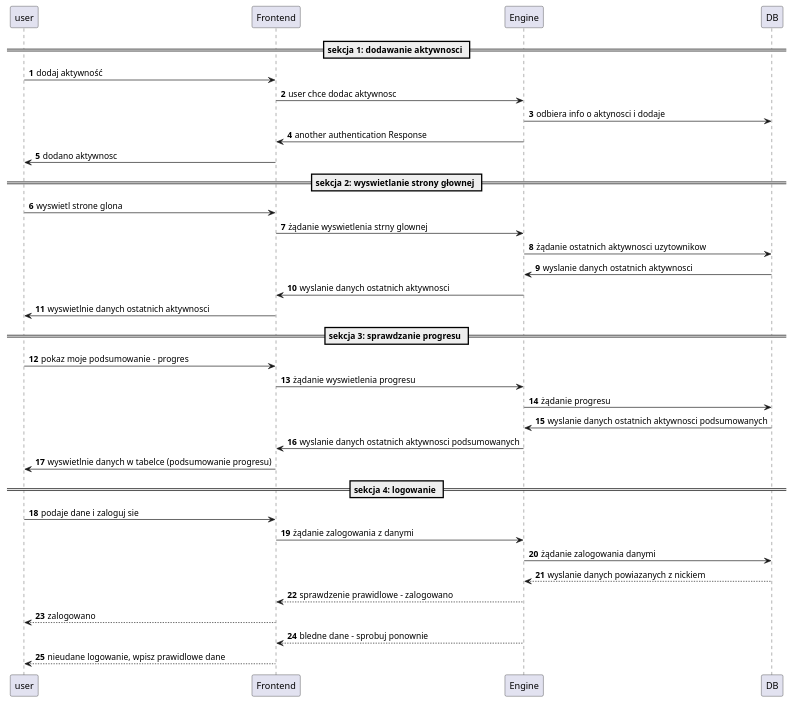
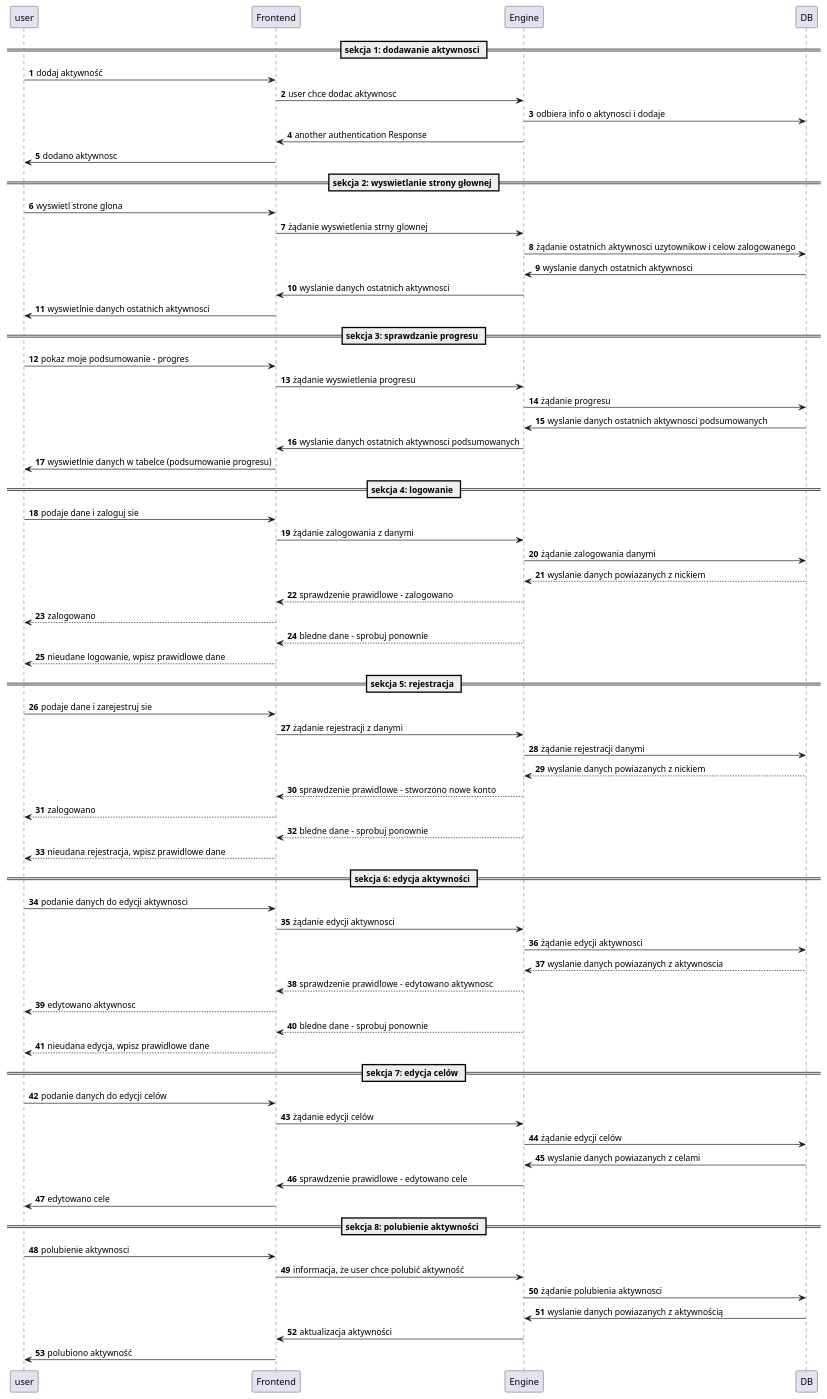
The first of 2 diagrams in xdddd.puml (sptachu/activo), drawn with PlantUML before and after one commit. The commit also changed 9 other files, not shown here.

```diff
--- a/xdddd.puml
+++ b/xdddd.puml
@@ -1,34 +1,66 @@
 @startuml
 'https://plantuml.com/sequence-diagram
 
 autonumber
 == sekcja 1: dodawanie aktywnosci ==
 user -> Frontend: dodaj aktywność
 Frontend -> Engine: user chce dodac aktywnosc
 Engine -> DB: odbiera info o aktynosci i dodaje
 Frontend <- Engine: another authentication Response
 user <- Frontend: dodano aktywnosc
 ==  sekcja 2: wyswietlanie strony głownej ==
 user -> Frontend : wyswietl strone glona
 Frontend -> Engine : żądanie wyswietlenia strny glownej
-Engine -> DB: żądanie ostatnich aktywnosci uzytownikow
+Engine -> DB: żądanie ostatnich aktywnosci uzytownikow i celow zalogowanego
 DB -> Engine : wyslanie danych ostatnich aktywnosci
 Engine -> Frontend: wyslanie danych ostatnich aktywnosci
 Frontend -> user : wyswietlnie danych ostatnich aktywnosci
 == sekcja 3: sprawdzanie progresu ==
 user -> Frontend : pokaz moje podsumowanie - progres
 Frontend -> Engine : żądanie wyswietlenia progresu
 Engine -> DB: żądanie progresu
 DB -> Engine : wyslanie danych ostatnich aktywnosci podsumowanych
 Engine -> Frontend: wyslanie danych ostatnich aktywnosci podsumowanych
 Frontend -> user : wyswietlnie danych w tabelce (podsumowanie progresu)
 == sekcja 4: logowanie ==
 user -> Frontend : podaje dane i zaloguj sie
 Frontend -> Engine : żądanie zalogowania z danymi
 Engine -> DB: żądanie zalogowania danymi
 DB --> Engine : wyslanie danych powiazanych z nickiem
 Engine --> Frontend: sprawdzenie prawidlowe - zalogowano
 Frontend --> user : zalogowano
 Engine --> Frontend : bledne dane - sprobuj ponownie
 Frontend --> user : nieudane logowanie, wpisz prawidlowe dane
+== sekcja 5: rejestracja ==
+user -> Frontend : podaje dane i zarejestruj sie
+Frontend -> Engine : żądanie rejestracji z danymi
+Engine -> DB: żądanie rejestracji danymi
+DB --> Engine : wyslanie danych powiazanych z nickiem
+Engine --> Frontend: sprawdzenie prawidlowe - stworzono nowe konto
+Frontend --> user : zalogowano
+Engine --> Frontend : bledne dane - sprobuj ponownie
+Frontend --> user : nieudana rejestracja, wpisz prawidlowe dane
+== sekcja 6: edycja aktywności ==
+user -> Frontend : podanie danych do edycji aktywnosci
+Frontend -> Engine : żądanie edycji aktywnosci
+Engine -> DB: żądanie edycji aktywnosci
+DB --> Engine : wyslanie danych powiazanych z aktywnoscia
+Engine --> Frontend: sprawdzenie prawidlowe - edytowano aktywnosc
+Frontend --> user : edytowano aktywnosc
+Engine --> Frontend : bledne dane - sprobuj ponownie
+Frontend --> user : nieudana edycja, wpisz prawidlowe dane
+== sekcja 7: edycja celów ==
+user -> Frontend : podanie danych do edycji celów
+Frontend -> Engine : żądanie edycji celów
+Engine -> DB: żądanie edycji celów
+DB -> Engine : wyslanie danych powiazanych z celami
+Engine -> Frontend: sprawdzenie prawidlowe - edytowano cele
+Frontend -> user : edytowano cele
+== sekcja 8: polubienie aktywności ==
+user -> Frontend : polubienie aktywnosci
+Frontend -> Engine : informacja, że user chce polubić aktywność
+Engine -> DB: żądanie polubienia aktywnosci
+DB -> Engine : wyslanie danych powiazanych z aktywnością
+Engine -> Frontend: aktualizacja aktywności
+Frontend -> user : polubiono aktywność
 @enduml
```
